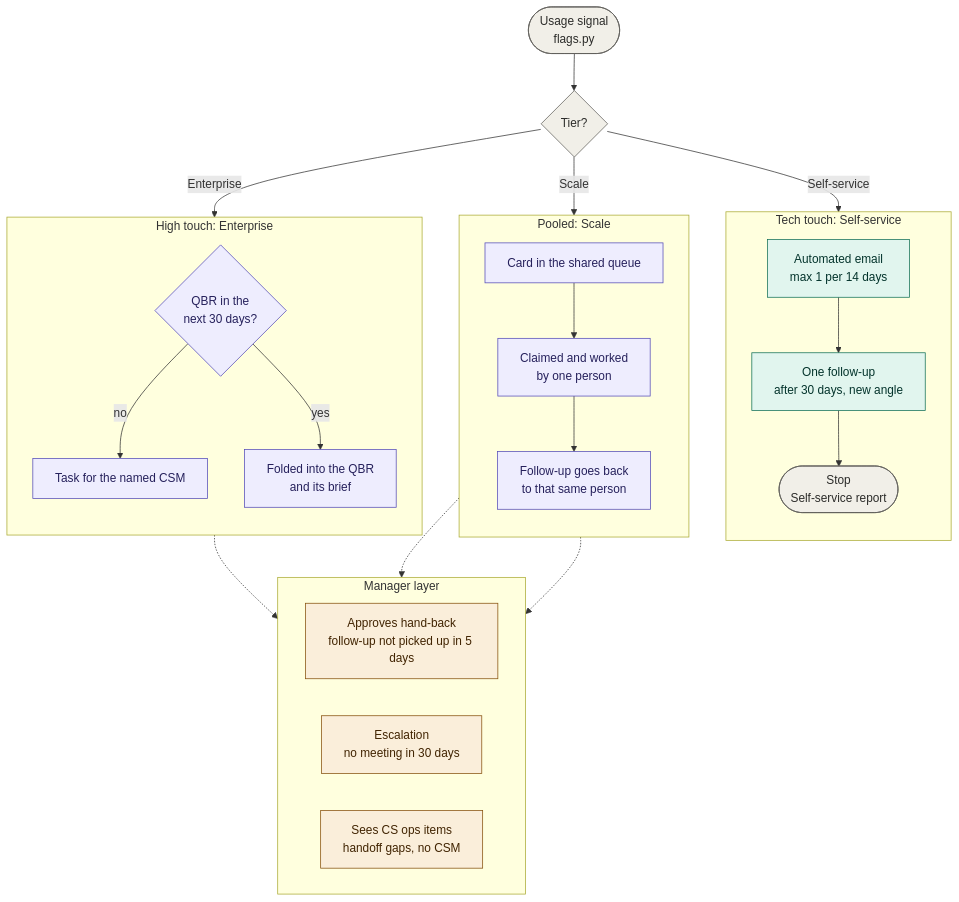
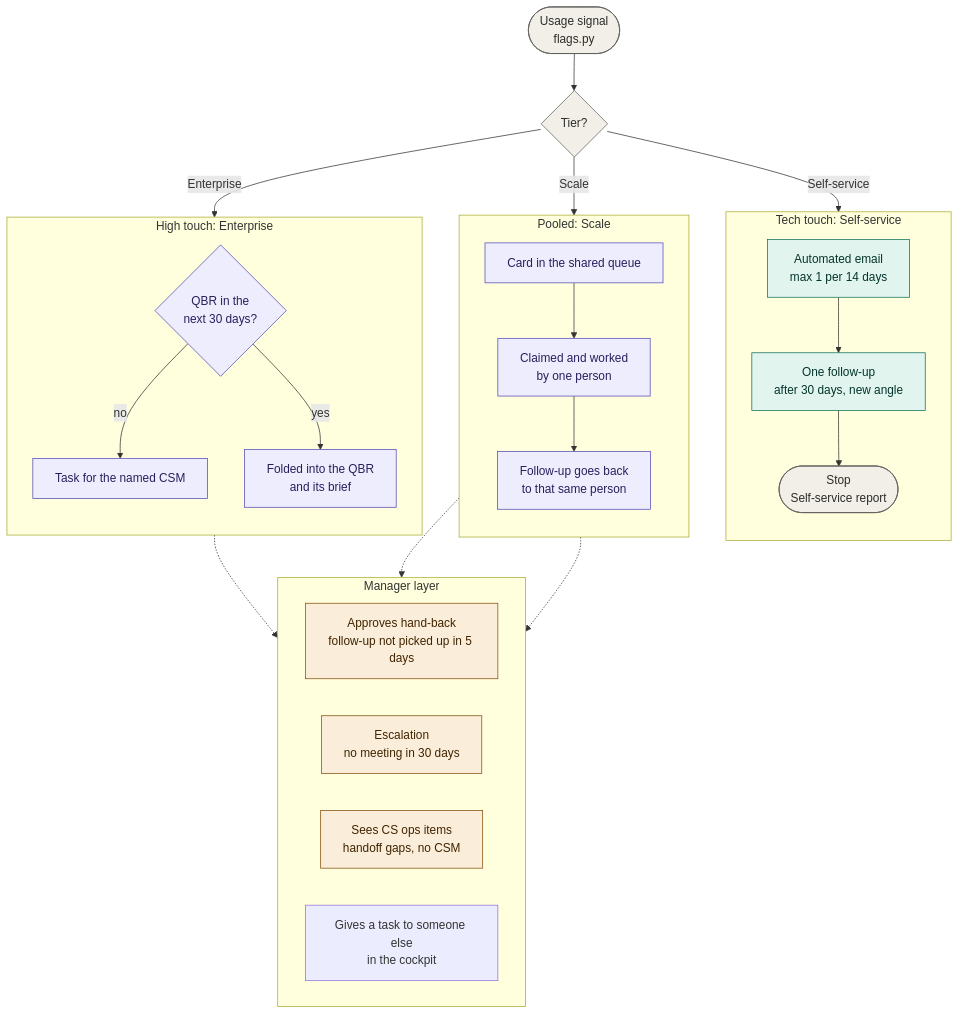
One commit to nikodemlaskowskitech-boop/engagement-engine changed the first of 5 diagrams in ENGAGEMENT_LOGIC.md. Above: the diagram before and after it, drawn with Mermaid. The commit also changed other lines of this file and 8 other files, not shown here.

````diff
--- a/ENGAGEMENT_LOGIC.md
+++ b/ENGAGEMENT_LOGIC.md
@@ -26,44 +26,45 @@
 ```mermaid
 flowchart TB
     sig(["Usage signal<br/>flags.py"]) --> tier{"Tier?"}
 
     tier -->|Self-service| ss1
     tier -->|Scale| sc1
     tier -->|Enterprise| en1
 
     subgraph SS["Tech touch: Self-service"]
         direction TB
         ss1["Automated email<br/>max 1 per 14 days"] --> ss2["One follow-up<br/>after 30 days, new angle"] --> ss3(["Stop<br/>Self-service report"])
     end
 
     subgraph SC["Pooled: Scale"]
         direction TB
         sc1["Card in the shared queue"] --> sc2["Claimed and worked<br/>by one person"] --> sc3["Follow-up goes back<br/>to that same person"]
     end
 
     subgraph EN["High touch: Enterprise"]
         direction TB
         en1{"QBR in the<br/>next 30 days?"} -->|no| en2["Task for the named CSM"]
         en1 -->|yes| en3["Folded into the QBR<br/>and its brief"]
     end
 
     subgraph MG["Manager layer"]
         direction LR
         m1["Approves hand-back<br/>follow-up not picked up in 5 days"]
         m2["Escalation<br/>no meeting in 30 days"]
         m3["Sees CS ops items<br/>handoff gaps, no CSM"]
+        m4["Gives a task to someone else<br/>in the cockpit"]
     end
 
     sc3 -.-> m1
     sc2 -.-> m2
     en2 -.-> m2
 
     classDef auto fill:#E1F5EE,stroke:#0F6E56,color:#04342C
     classDef human fill:#EEEDFE,stroke:#534AB7,color:#26215C
     classDef mgr fill:#FAEEDA,stroke:#854F0B,color:#412402
     classDef fin fill:#F1EFE8,stroke:#5F5E5A,color:#2C2C2A
     class ss1,ss2 auto
     class sc1,sc2,sc3,en1,en2,en3 human
     class m1,m2,m3 mgr
     class ss3,sig,tier fin
 ```
````
